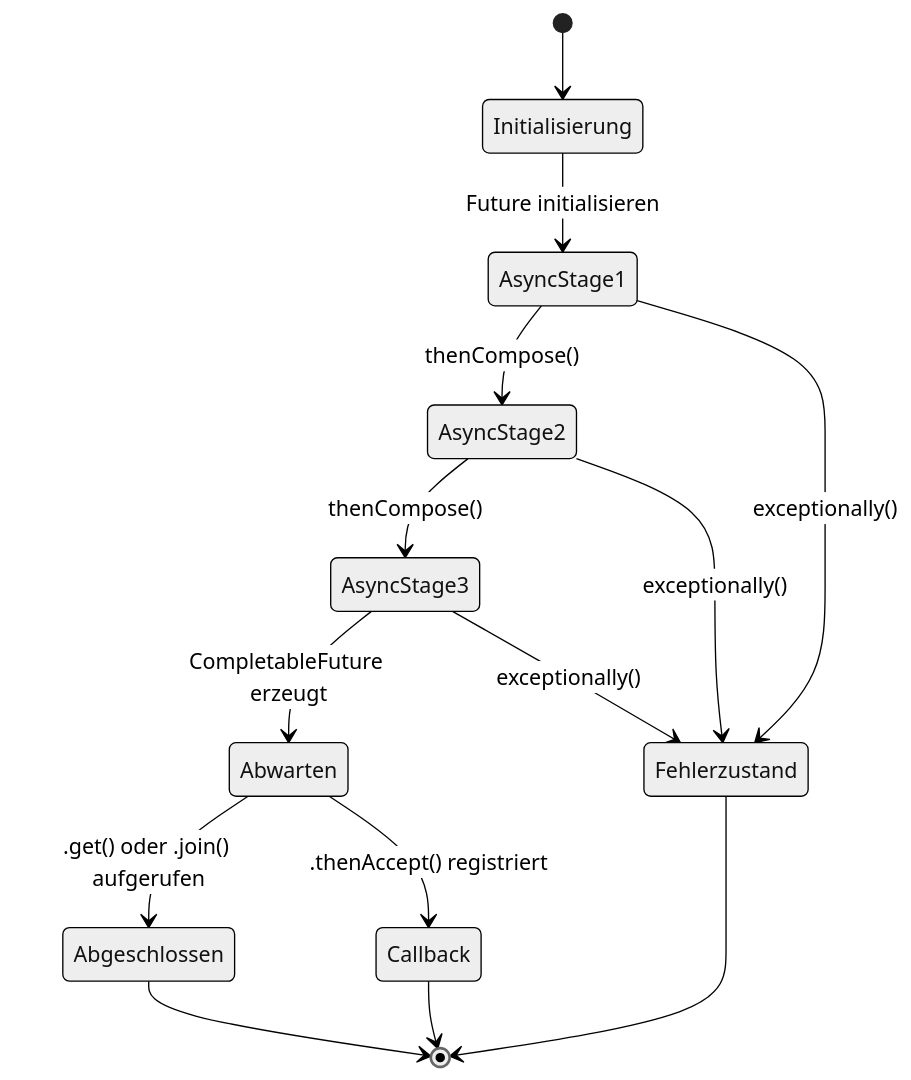
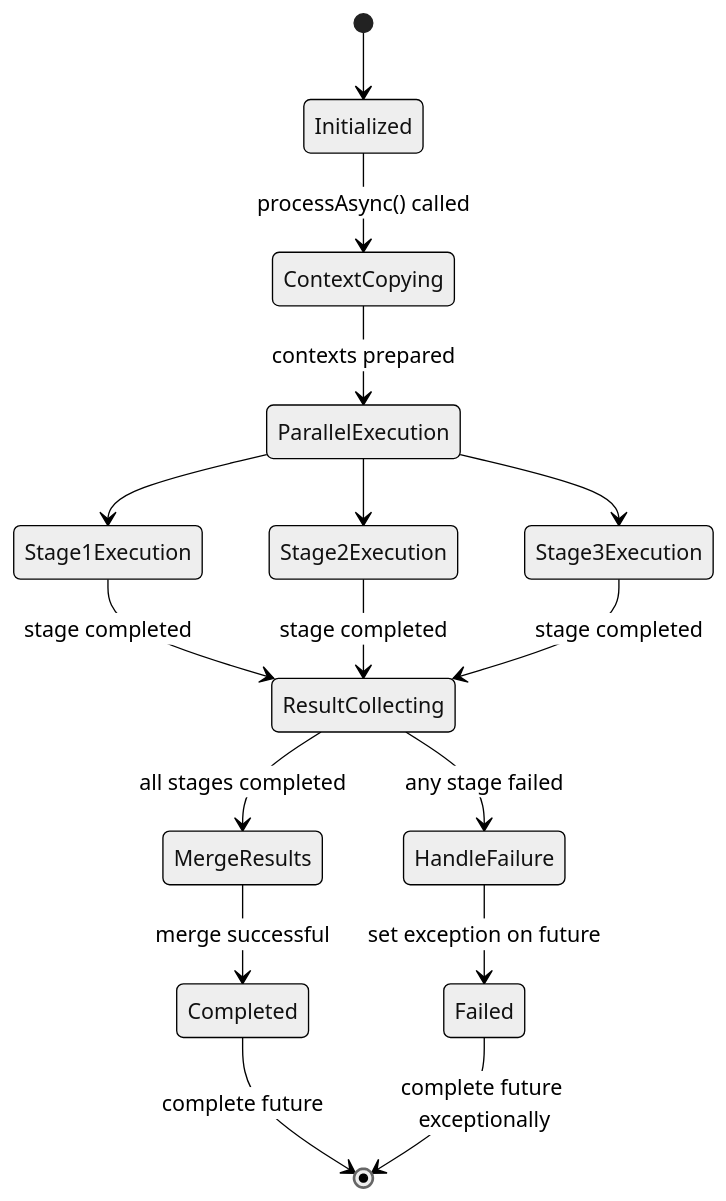
One commit to scimbe/VS_Pattern_By_KI changed the ninth of 11 diagrams in Pipeline/docs/README.md. Above: the diagram before and after it, drawn with Mermaid (neutral theme). The commit also changed other lines of this file and 19 other files, not shown here.

````diff
--- a/Pipeline/docs/README.md
+++ b/Pipeline/docs/README.md
@@ -327,21 +262,24 @@
 ```mermaid
 stateDiagram-v2
-    [*] --> Initialisierung
-
-    Initialisierung --> AsyncStage1 : Future initialisieren
-    AsyncStage1 --> AsyncStage2 : thenCompose()
-    AsyncStage1 --> Fehlerzustand : exceptionally()
+    [*] --> Initialized
     
-    AsyncStage2 --> AsyncStage3 : thenCompose()
-    AsyncStage2 --> Fehlerzustand : exceptionally()
+    Initialized --> ContextCopying: processAsync() called
+    ContextCopying --> ParallelExecution: contexts prepared
     
-    AsyncStage3 --> Abwarten : CompletableFuture erzeugt
-    AsyncStage3 --> Fehlerzustand : exceptionally()
+    ParallelExecution --> Stage1Execution
+    ParallelExecution --> Stage2Execution
+    ParallelExecution --> Stage3Execution
     
-    Abwarten --> Abgeschlossen : .get() oder .join() aufgerufen
-    Abwarten --> Callback : .thenAccept() registriert
+    Stage1Execution --> ResultCollecting: stage completed
+    Stage2Execution --> ResultCollecting: stage completed
+    Stage3Execution --> ResultCollecting: stage completed
     
-    Callback --> [*]
-    Abgeschlossen --> [*]
-    Fehlerzustand --> [*]
+    ResultCollecting --> MergeResults: all stages completed
+    ResultCollecting --> HandleFailure: any stage failed
+    
+    MergeResults --> Completed: merge successful
+    HandleFailure --> Failed: set exception on future
+    
+    Completed --> [*]: complete future
+    Failed --> [*]: complete future exceptionally
 ```
````
